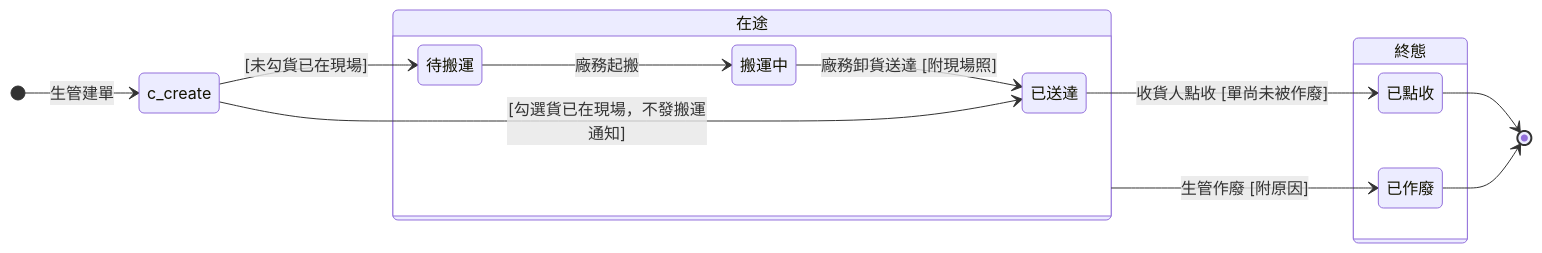
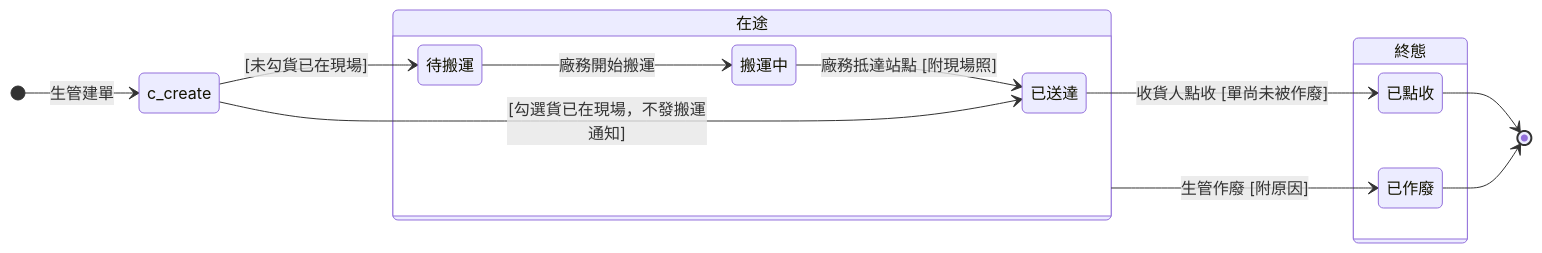
One commit to Kawato-Miles/erp-spec changed the diagram in memory/Sens_wiki/wiki/erp/06-state-machines/轉交單狀態.md. Above: the diagram before and after it, drawn with Mermaid. The commit also changed other lines of this file and 11 other files, not shown here.

````diff
--- a/memory/Sens_wiki/wiki/erp/06-state-machines/轉交單狀態.md
+++ b/memory/Sens_wiki/wiki/erp/06-state-machines/轉交單狀態.md
@@ -38,30 +38,30 @@
 ```mermaid
 stateDiagram-v2
     direction LR
 
     [*] --> c_create : 生管建單
     state c_create <<choice>>
 
     state "在途" as g_active {
         state "待搬運" as s_pending
         state "搬運中" as s_moving
         state "已送達" as s_arrived
 
-        s_pending --> s_moving : 廠務起搬
-        s_moving --> s_arrived : 廠務卸貨送達 [附現場照]
+        s_pending --> s_moving : 廠務開始搬運
+        s_moving --> s_arrived : 廠務抵達站點 [附現場照]
     }
 
     state "終態" as Final {
         state "已點收" as s_received
         state "已作廢" as s_void
     }
 
     c_create --> s_pending : [未勾貨已在現場]
     c_create --> s_arrived : [勾選貨已在現場，不發搬運通知]
 
     s_arrived --> s_received : 收貨人點收 [單尚未被作廢]
     g_active --> s_void : 生管作廢 [附原因]
 
     s_received --> [*]
     s_void --> [*]
 ```
````
